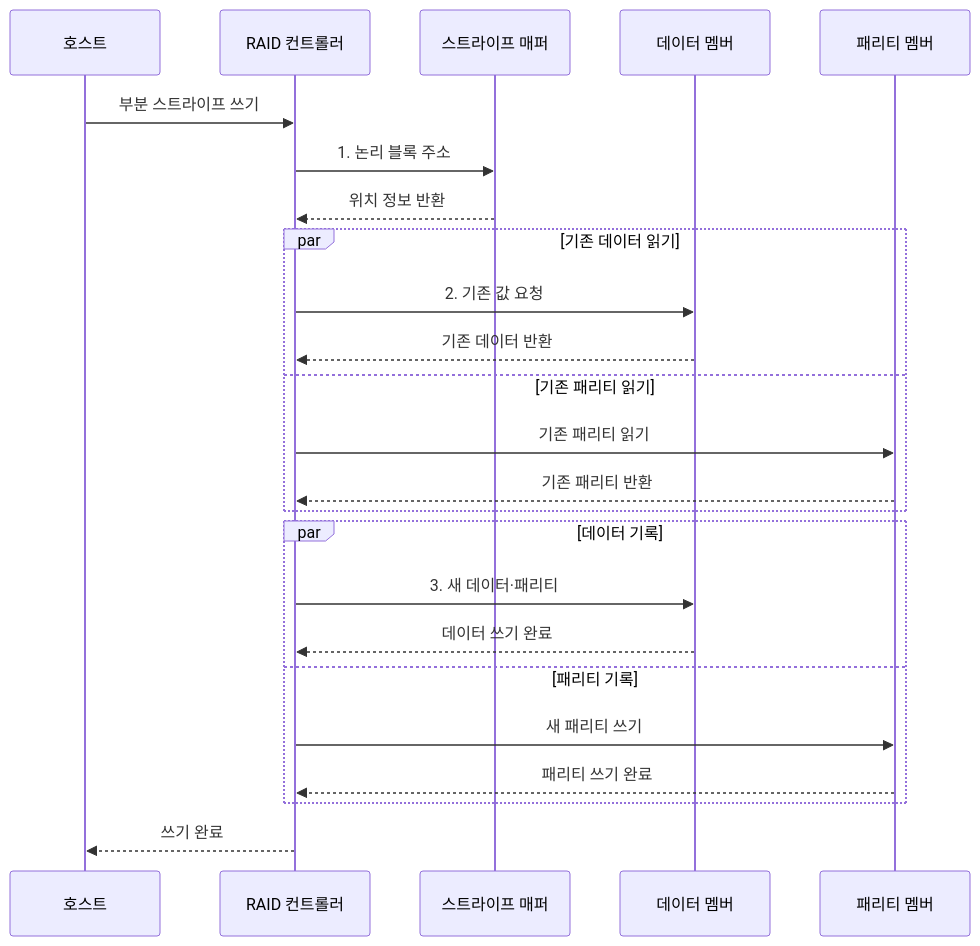
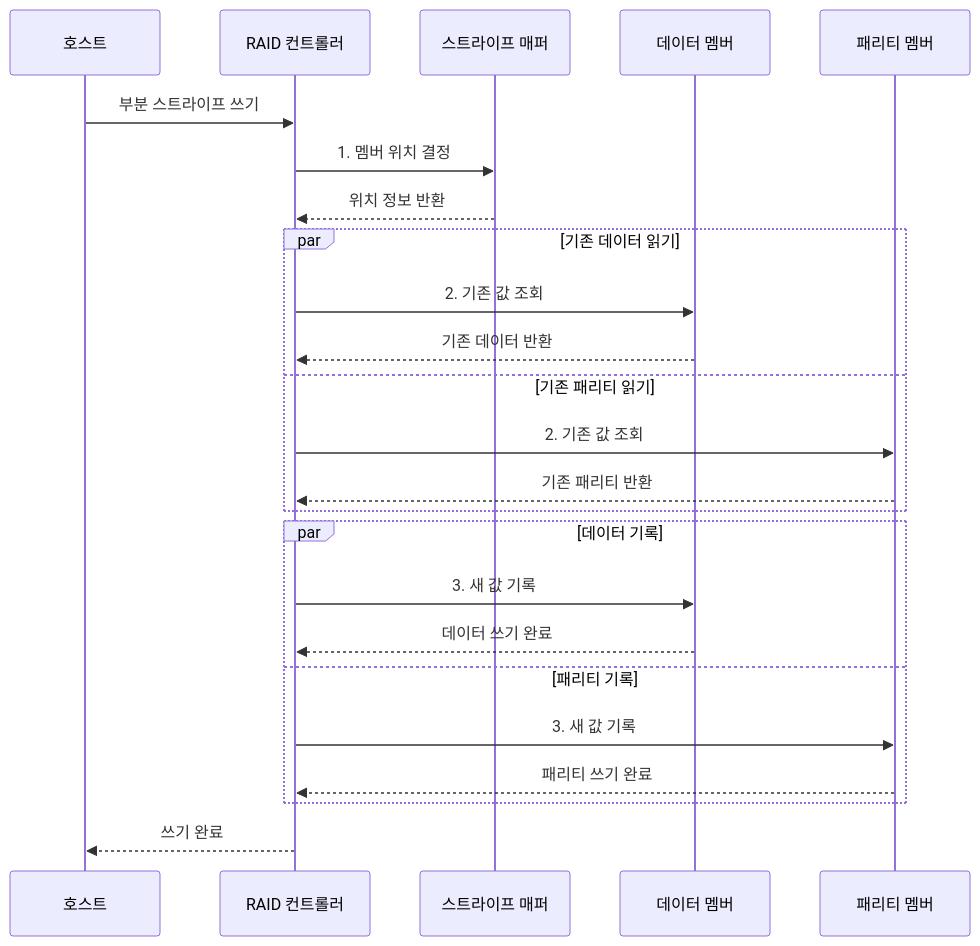
The second of 2 diagrams in src/content/docs/notes/02-hardware/032_raid_levels.md (agnusdei1207/knowledge-base), drawn with Mermaid before and after one commit. The commit also changed other lines of this file and 20 other files, not shown here.

````diff
--- a/src/content/docs/notes/02-hardware/032_raid_levels.md
+++ b/src/content/docs/notes/02-hardware/032_raid_levels.md
@@ -102,27 +102,27 @@
 ```mermaid
 sequenceDiagram
     participant H as 호스트
     participant C as RAID 컨트롤러
     participant M as 스트라이프 매퍼
     participant D as 데이터 멤버
     participant P as 패리티 멤버
 
     H->>C: 부분 스트라이프 쓰기
-    C->>M: 1. 논리 블록 주소
+    C->>M: 1. 멤버 위치 결정
     M-->>C: 위치 정보 반환
     par 기존 데이터 읽기
-        C->>D: 2. 기존 값 요청
+        C->>D: 2. 기존 값 조회
         D-->>C: 기존 데이터 반환
     and 기존 패리티 읽기
-        C->>P: 기존 패리티 읽기
+        C->>P: 2. 기존 값 조회
         P-->>C: 기존 패리티 반환
     end
     par 데이터 기록
-        C->>D: 3. 새 데이터·패리티
+        C->>D: 3. 새 값 기록
         D-->>C: 데이터 쓰기 완료
     and 패리티 기록
-        C->>P: 새 패리티 쓰기
+        C->>P: 3. 새 값 기록
         P-->>C: 패리티 쓰기 완료
     end
     C-->>H: 쓰기 완료
 ```
````
